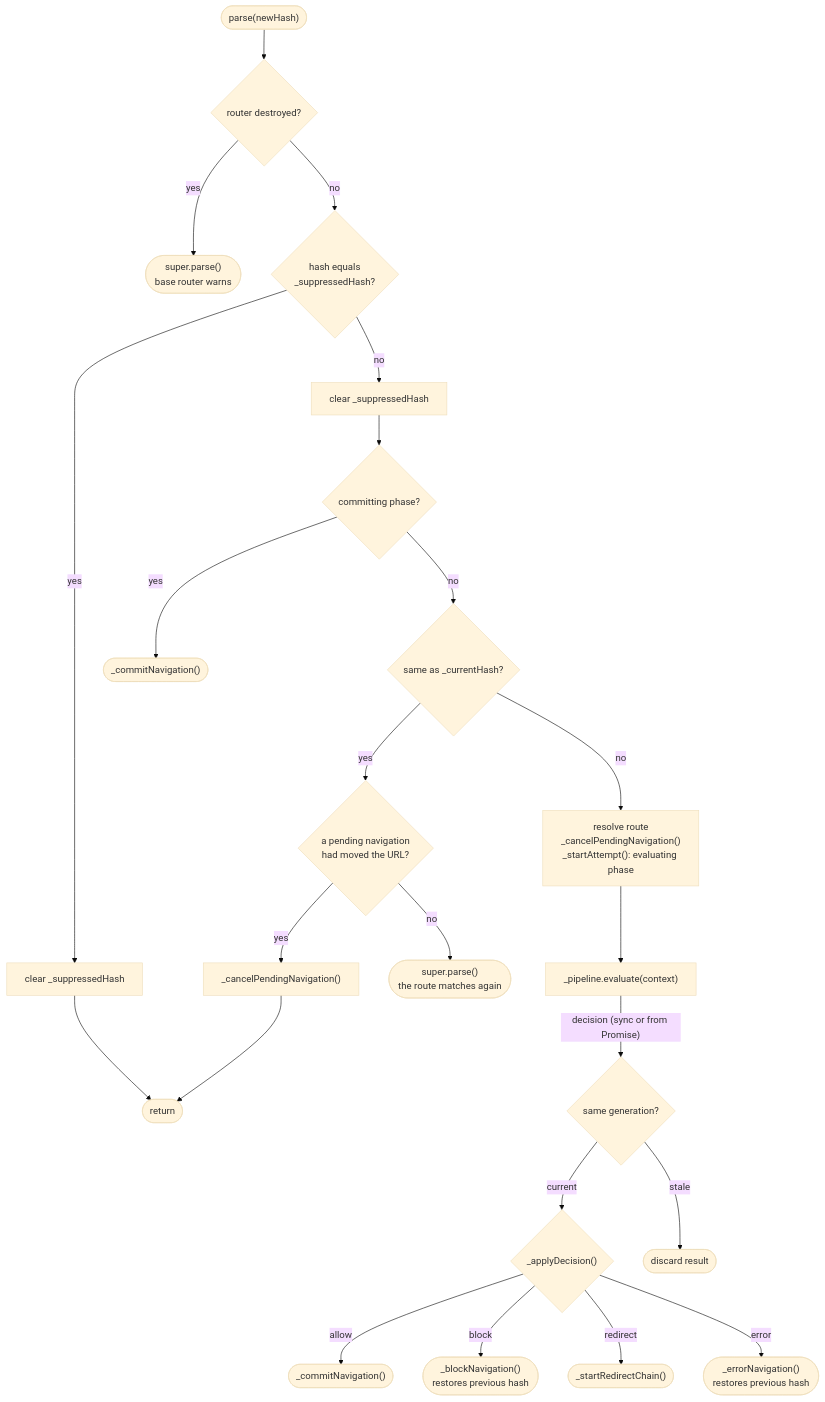
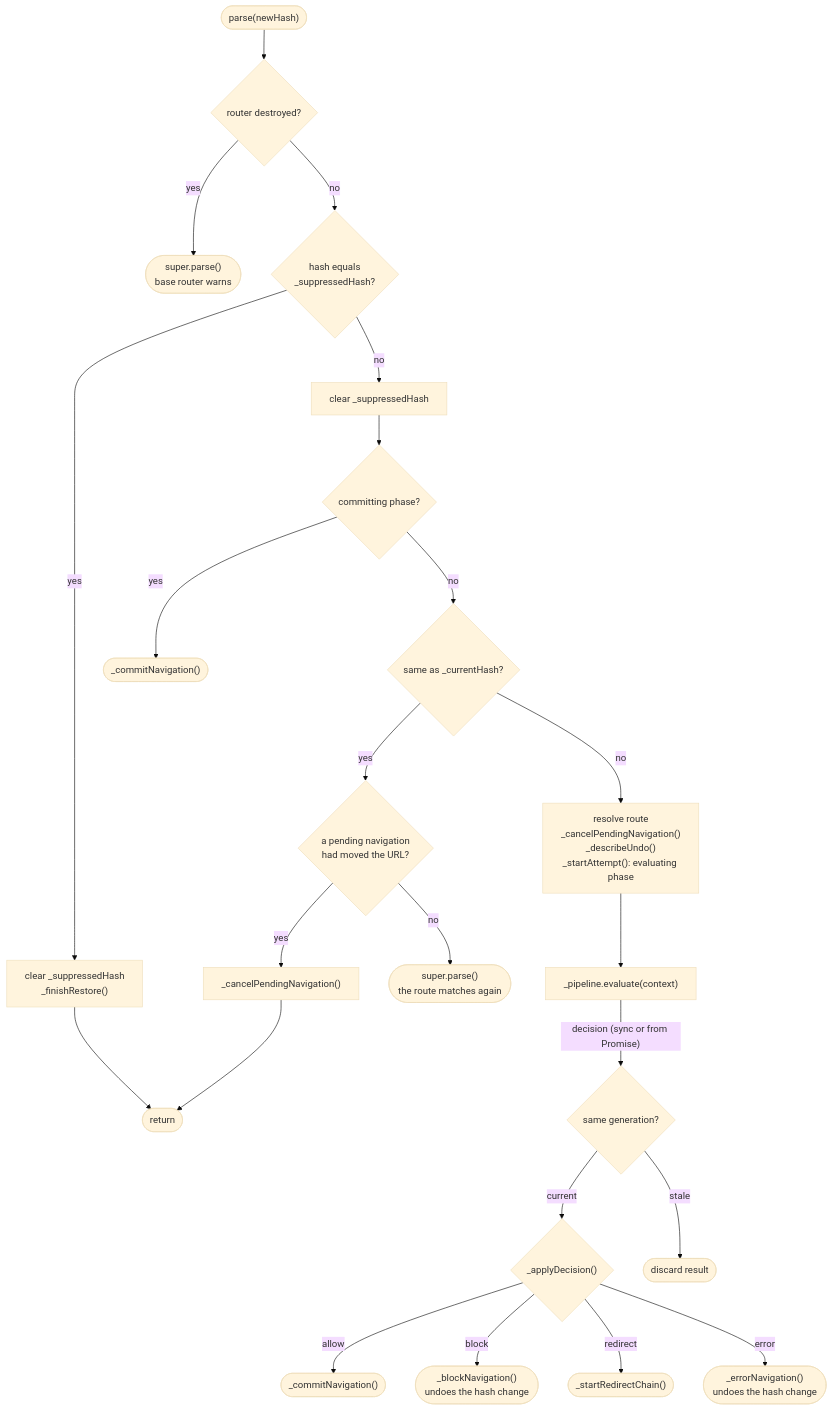
Before and after one commit to wridgeu/ui5-lib-guard-router: the first of 4 diagrams in docs/reference/architecture.md, drawn with Mermaid (base theme). The commit also changed other lines of this file and 11 other files, not shown here.

````diff
--- a/docs/reference/architecture.md
+++ b/docs/reference/architecture.md
@@ -190,24 +191,24 @@
 ```mermaid
 flowchart TD
     start(["parse(newHash)"]) --> destroyed{"router destroyed?"}
     destroyed -- "yes" --> warn(["super.parse()<br/>base router warns"])
     destroyed -- "no" --> suppress{"hash equals<br/>_suppressedHash?"}
-    suppress -- "yes" --> sclear["clear _suppressedHash"] --> ret(["return"])
+    suppress -- "yes" --> sclear["clear _suppressedHash<br/>_finishRestore()"] --> ret(["return"])
     suppress -- "no" --> sclear2["clear _suppressedHash"] --> redir{committing phase?}
     redir -- "yes" --> bypass(["_commitNavigation()"])
     redir -- "no" --> samehash{same as _currentHash?}
     samehash -- "yes" --> moved{"a pending navigation<br/>had moved the URL?"}
     moved -- "yes" --> canceldup["_cancelPendingNavigation()"] --> ret
     moved -- "no" --> match(["super.parse()<br/>the route matches again"])
-    samehash -- "no" --> setup["resolve route<br/>_cancelPendingNavigation()<br/>_startAttempt(): evaluating phase"]
+    samehash -- "no" --> setup["resolve route<br/>_cancelPendingNavigation()<br/>_describeUndo()<br/>_startAttempt(): evaluating phase"]
 
     setup --> evaluate["_pipeline.evaluate(context)"]
     evaluate -- "decision (sync or from Promise)" --> stale{"same generation?"}
     stale -- "current" --> apply{"_applyDecision()"}
     stale -- "stale" --> discard(["discard result"])
 
     apply -- "allow" --> commit(["_commitNavigation()"])
-    apply -- "block" --> block(["_blockNavigation()<br/>restores previous hash"])
+    apply -- "block" --> block(["_blockNavigation()<br/>undoes the hash change"])
     apply -- "redirect" --> redirect(["_startRedirectChain()"])
-    apply -- "error" --> errornav(["_errorNavigation()<br/>restores previous hash"])
+    apply -- "error" --> errornav(["_errorNavigation()<br/>undoes the hash change"])
 ```
````
